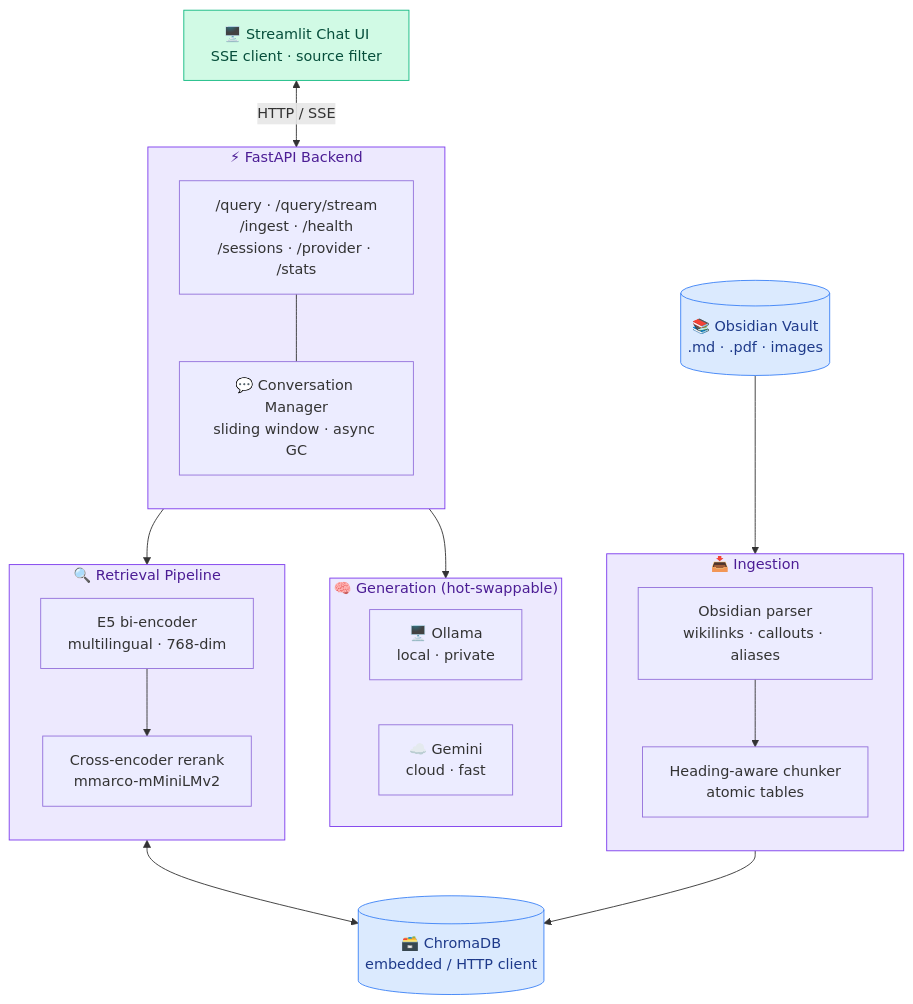
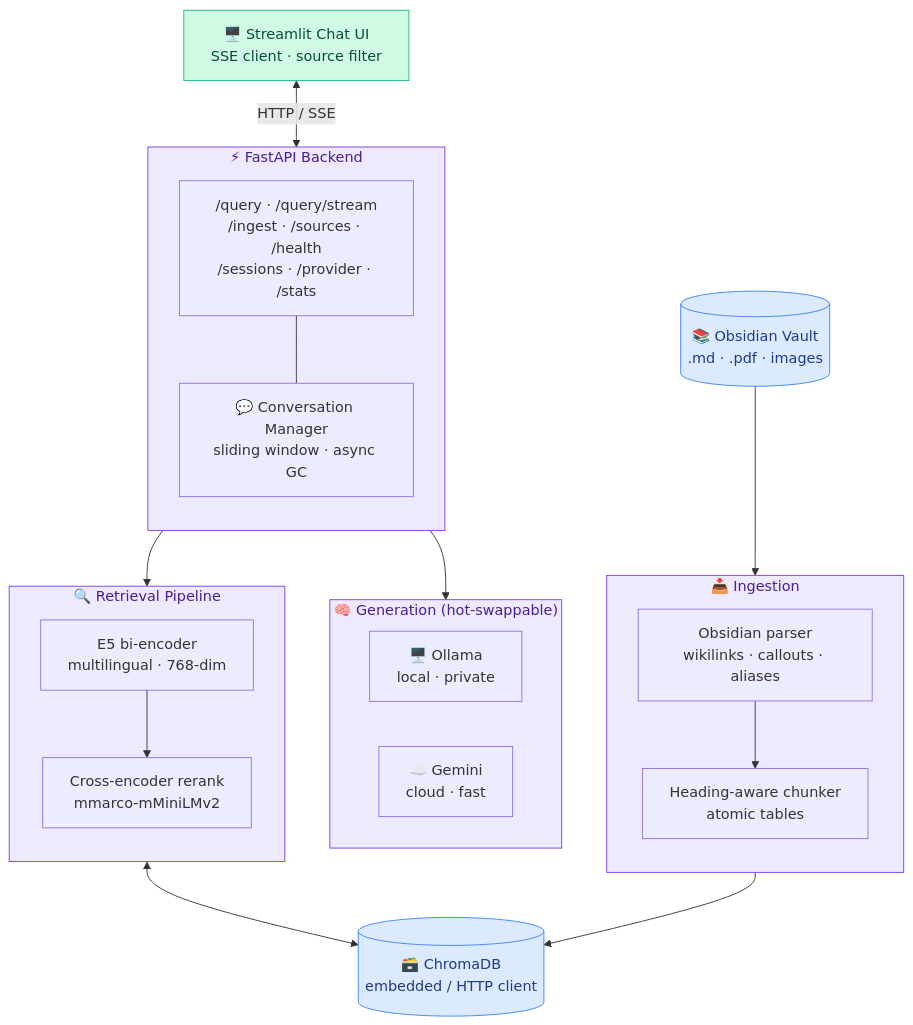
One commit to FabianHentrich/lorekeeper changed the diagram in README.md. Above: the diagram before and after it, drawn with Mermaid. The commit also changed other lines of this file and 38 other files, not shown here.

````diff
--- a/README.md
+++ b/README.md
@@ -94,48 +101,48 @@
 ```mermaid
 flowchart TB
     UI["🖥️ Streamlit Chat UI<br/>SSE client · source filter"]
 
     subgraph API["⚡ FastAPI Backend"]
         direction TB
-        ROUTES["/query · /query/stream<br/>/ingest · /health<br/>/sessions · /provider · /stats"]
+        ROUTES["/query · /query/stream<br/>/ingest · /sources · /health<br/>/sessions · /provider · /stats"]
         CONV["💬 Conversation Manager<br/>sliding window · async GC"]
         ROUTES --- CONV
     end
 
     subgraph RAG["🔍 Retrieval Pipeline"]
         direction TB
         EMBED["E5 bi-encoder<br/>multilingual · 768-dim"]
         RERANK["Cross-encoder rerank<br/>mmarco-mMiniLMv2"]
         EMBED --> RERANK
     end
 
     subgraph GEN["🧠 Generation (hot-swappable)"]
         direction LR
         OLLAMA["🖥️ Ollama<br/>local · private"]
         GEMINI["☁️ Gemini<br/>cloud · fast"]
     end
 
     subgraph INGEST["📥 Ingestion"]
         direction TB
         PARSE["Obsidian parser<br/>wikilinks · callouts · aliases"]
         CHUNK["Heading-aware chunker<br/>atomic tables"]
         PARSE --> CHUNK
     end
 
     VAULT[("📚 Obsidian Vault<br/>.md · .pdf · images")]
     CHROMA[("🗃️ ChromaDB<br/>embedded / HTTP client")]
 
     UI <-->|HTTP / SSE| API
     API --> RAG
     API --> GEN
     RAG <--> CHROMA
     VAULT --> INGEST
     INGEST --> CHROMA
 
     classDef store fill:#dbeafe,stroke:#3b82f6,color:#1e3a8a
     classDef svc fill:#ede9fe,stroke:#7c3aed,color:#4c1d95
     classDef ui fill:#d1fae5,stroke:#10b981,color:#064e3b
     class CHROMA,VAULT store
     class API,RAG,GEN,INGEST svc
     class UI ui
 ```
````
